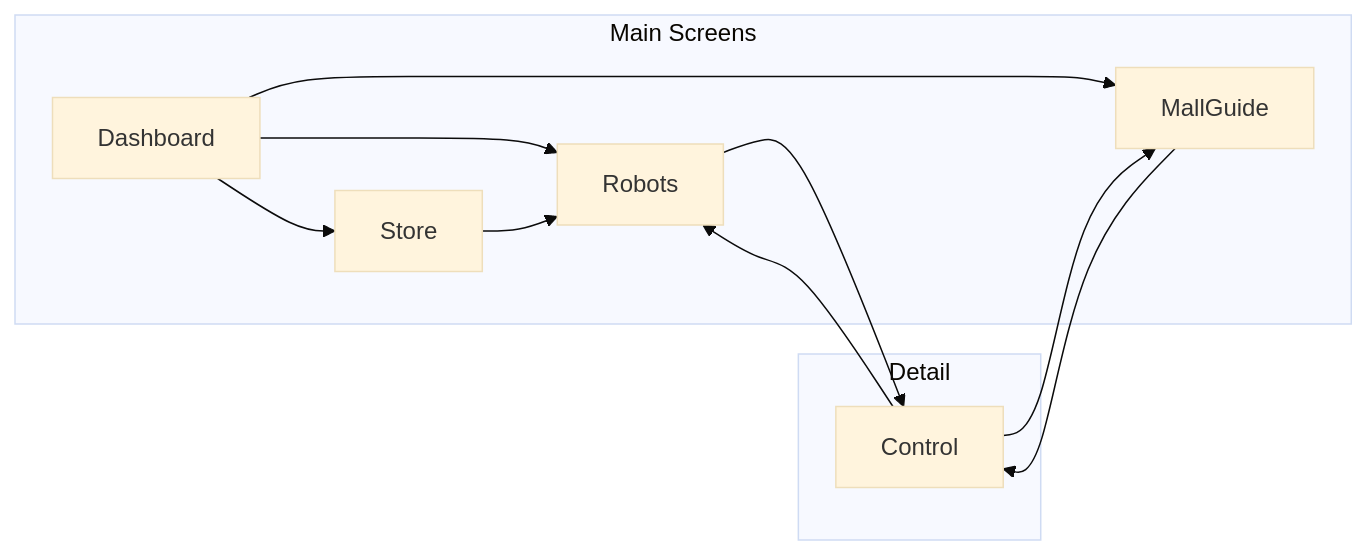
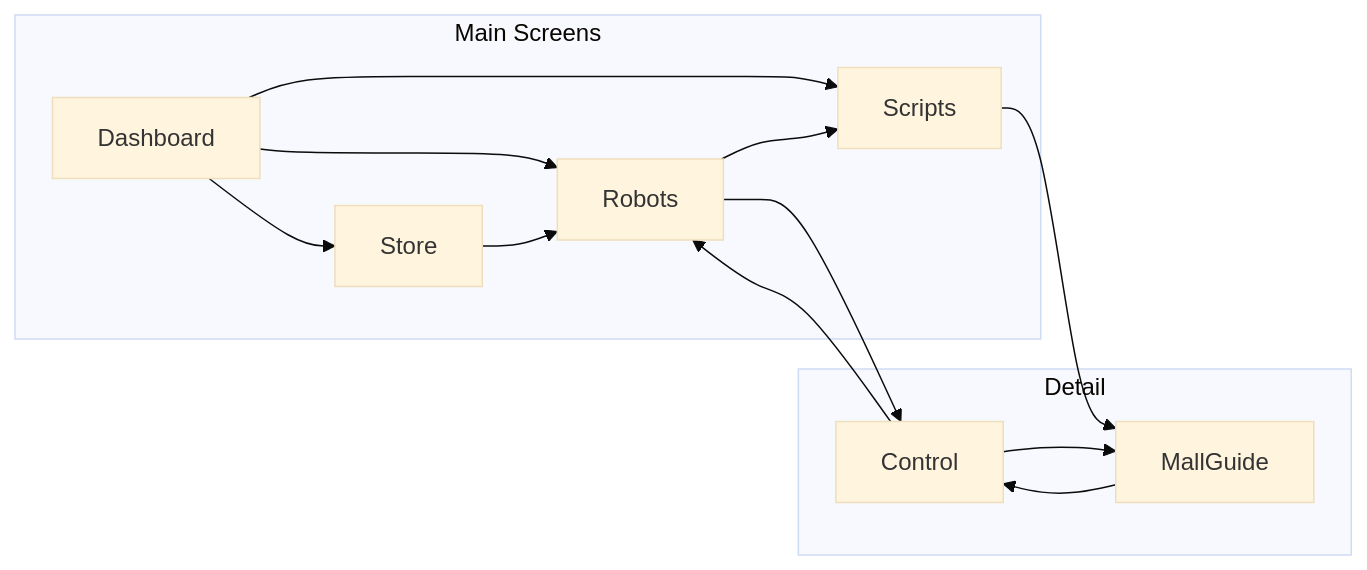
One commit to Saitosar/sai-aurosy-telegram-mini-app changed the second of 2 diagrams in docs/ux/screen-map.md. Above: the diagram before and after it, drawn with Mermaid (base theme). The commit also changed other lines of this file and 14 other files, not shown here.

Commit message:
Refactor app structure to replace 'Mall Guide' with 'Scripts' in navigation and documentation. Update routes and components to reflect new script-based functionality, ensuring proper integration with the SAI AUROSY platform.

````diff
--- a/docs/ux/screen-map.md
+++ b/docs/ux/screen-map.md
@@ -104,20 +108,23 @@
 ```mermaid
 flowchart LR
     subgraph Main [Main Screens]
         Dashboard
         Robots
         Store
-        MallGuide
+        Scripts
     end
     subgraph Detail [Detail]
         Control
+        MallGuide
     end
     Dashboard --> Robots
     Dashboard --> Store
-    Dashboard --> MallGuide
+    Dashboard --> Scripts
     Robots --> Control
+    Robots --> Scripts
+    Scripts --> MallGuide
     MallGuide --> Control
     Control --> Robots
     Control --> MallGuide
     Store --> Robots
 ```
````
